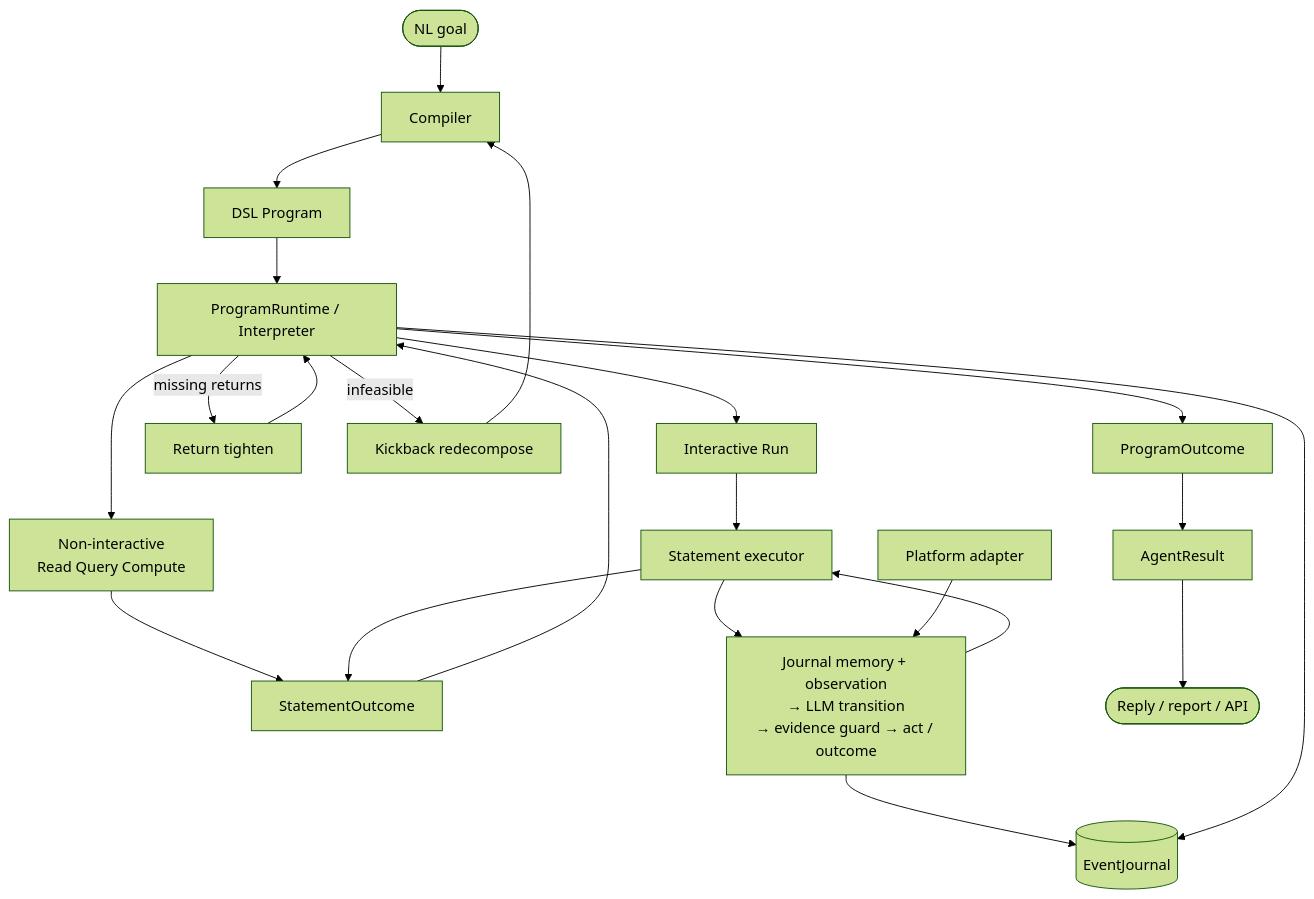
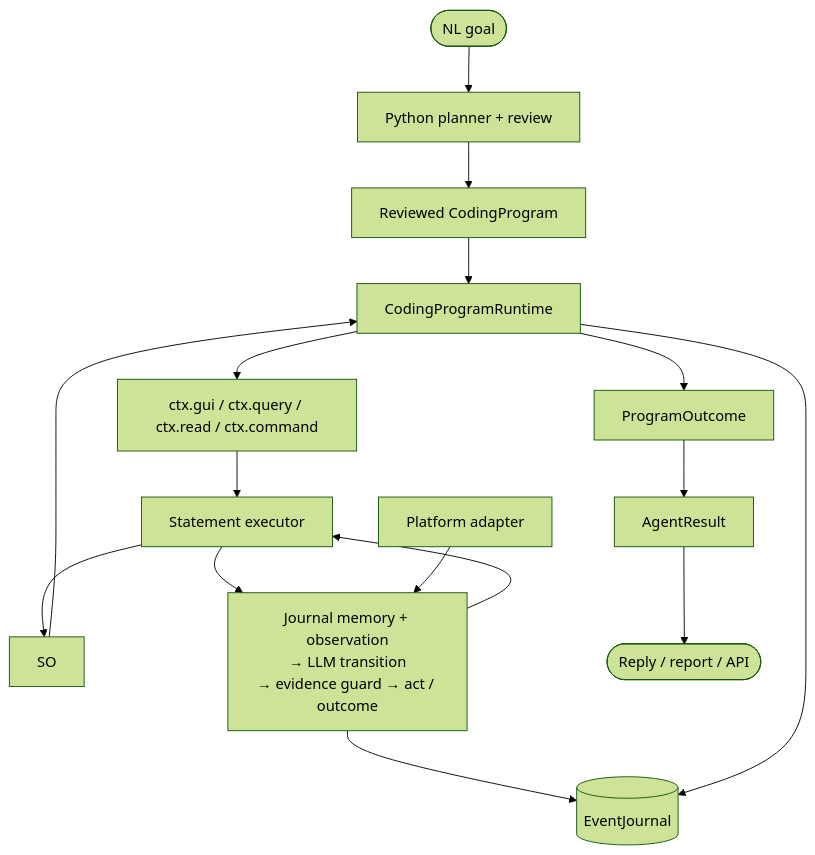
The diagram in README.md (hyechow/GUIWeave), drawn with Mermaid (forest theme) before and after one commit. The commit also changed other lines of this file and 13 other files, not shown here.

````diff
--- a/README.md
+++ b/README.md
@@ -67,29 +74,22 @@
 ```mermaid
 flowchart TD
-    Goal([NL goal]) --> Compiler[Compiler]
-    Compiler --> Prog[DSL Program]
-    Prog --> RT[ProgramRuntime / Interpreter]
+    Goal([NL goal]) --> Planner[Python planner + review]
+    Planner --> Prog[Reviewed CodingProgram]
+    Prog --> RT[CodingProgramRuntime]
 
-    RT --> Imm[Non-interactive\nRead Query Compute]
-    RT --> Run[Interactive Run]
-    Imm --> SO[StatementOutcome]
-    Run --> SE[Statement executor]
+    RT --> API[ctx.gui / ctx.query / ctx.read / ctx.command]
+    API --> SE[Statement executor]
     SE --> SO
     SO --> RT
-
-    RT -->|missing returns| Tight[Return tighten]
-    RT -->|infeasible| Kick[Kickback redecompose]
-    Tight --> RT
-    Kick --> Compiler
 
     SE --> Loop[Journal memory + observation<br/>→ LLM transition<br/>→ evidence guard → act / outcome]
     Loop --> SE
     Loop --> Journal[(EventJournal)]
     RT --> Journal
 
     RT --> PO[ProgramOutcome]
     PO --> AR[AgentResult]
     AR --> Out([Reply / report / API])
 
     Plat[Platform adapter] --> Loop
 ```
````
